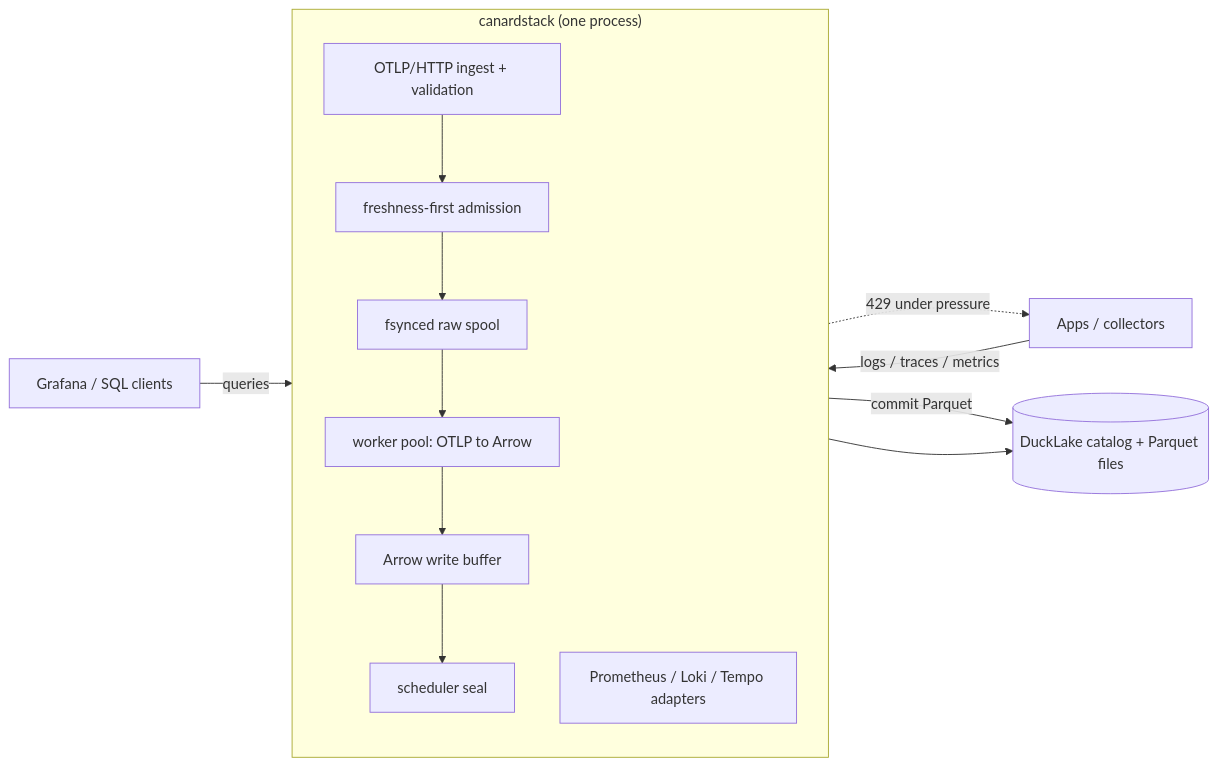
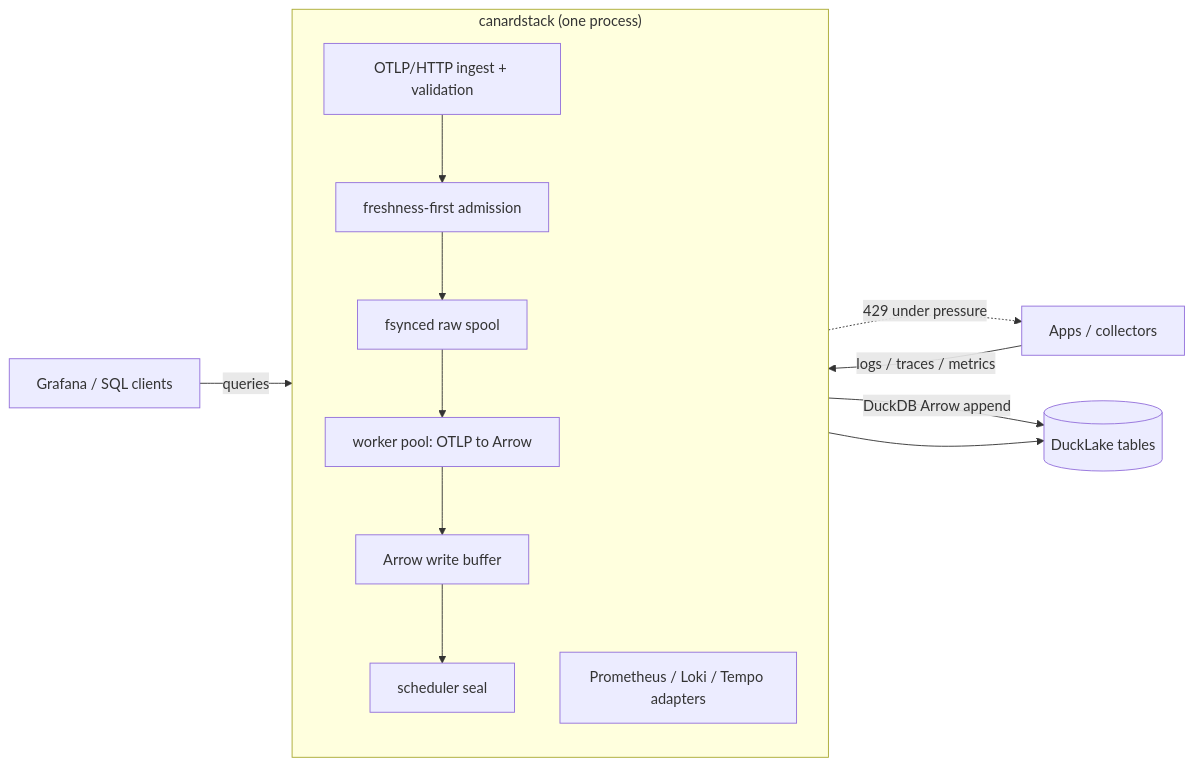
Before and after one commit to smithclay/canardstack: the diagram in site/src/content/docs/architecture.md, drawn with Mermaid. The commit also changed other lines of this file and 1 other file, not shown here.

Commit message:
docs: update architecture notes

````diff
--- a/site/src/content/docs/architecture.md
+++ b/site/src/content/docs/architecture.md
@@ -11,28 +11,28 @@
 ```mermaid
 flowchart LR
     Apps["Apps / collectors"]
     Clients["Grafana / SQL clients"]
 
     subgraph Canardstack["canardstack (one process)"]
         direction TB
         Ingest["OTLP/HTTP ingest + validation"]
         Admission["freshness-first admission"]
         Spool["fsynced raw spool"]
         Workers["worker pool: OTLP to Arrow"]
         Buffer["Arrow write buffer"]
         Seal["scheduler seal"]
         Adapters["Prometheus / Loki / Tempo adapters"]
 
         Ingest --> Admission
         Admission --> Spool
         Spool --> Workers
         Workers --> Buffer
         Buffer --> Seal
     end
 
     Apps -->|logs / traces / metrics| Ingest
     Admission -.->|429 under pressure| Apps
-    Seal -->|commit Parquet| Lake[("DuckLake catalog + Parquet files")]
+    Seal -->|DuckDB Arrow append| Lake[("DuckLake tables")]
     Adapters --> Lake
     Clients -->|queries| Adapters
 ```
````
